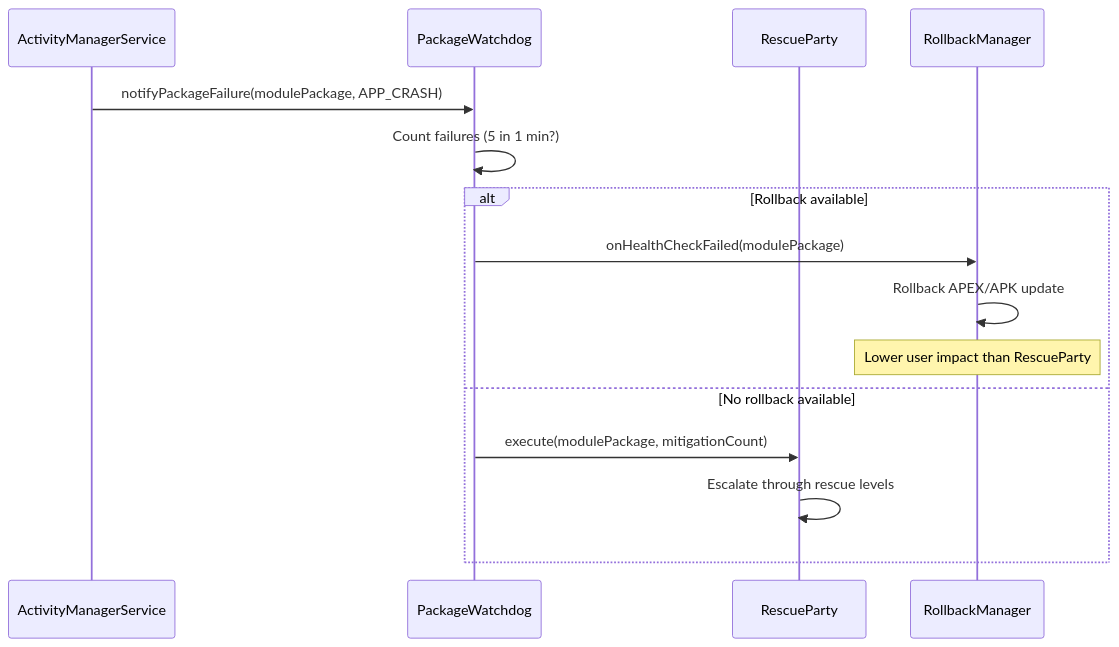
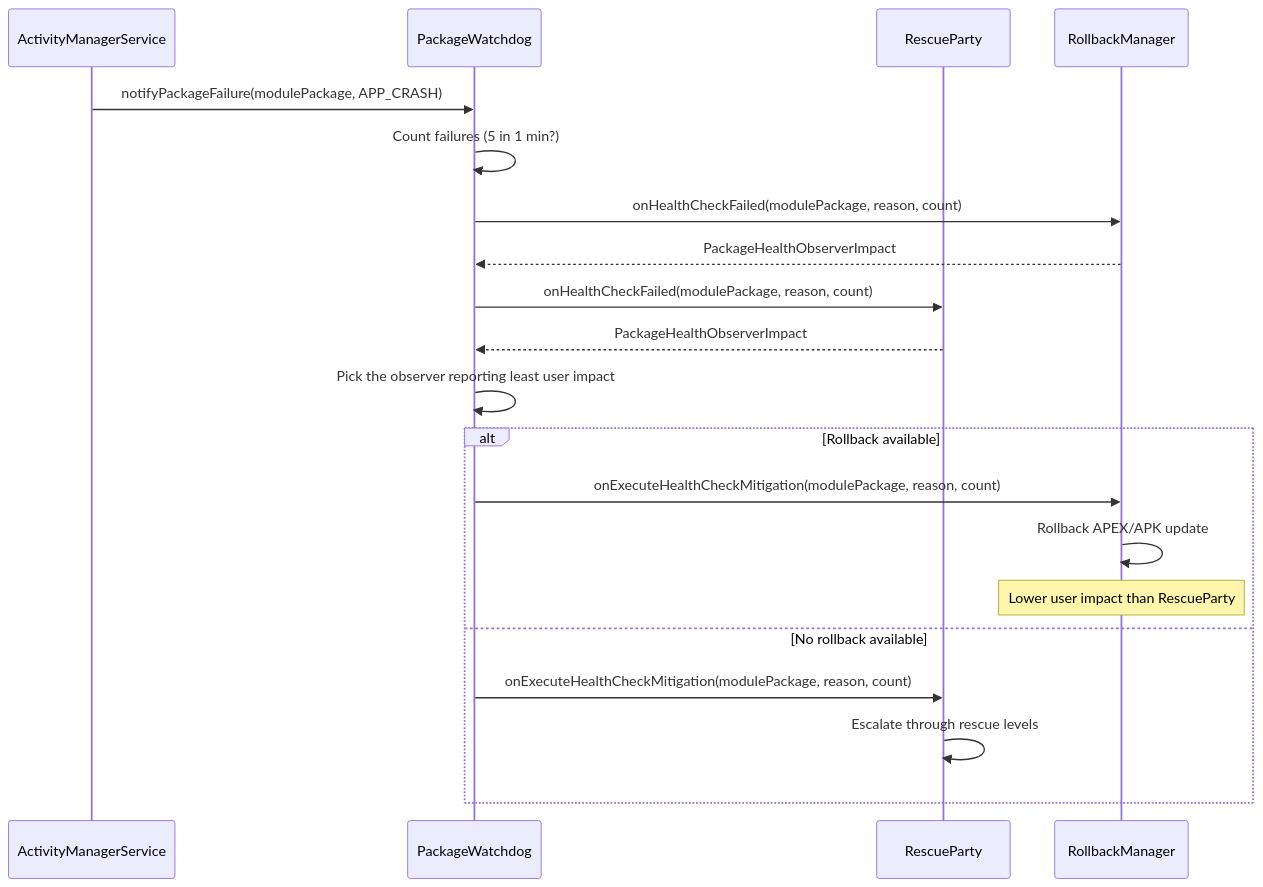
Diagram 19 of 24 in agents/claude/skills/aosp-framework-core/20-system-server.md (aospbooks/aosp-internal-book), drawn with Mermaid before and after one commit. The commit also changed other lines of this file and 218 other files, not shown here.

````diff
--- a/agents/claude/skills/aosp-framework-core/20-system-server.md
+++ b/agents/claude/skills/aosp-framework-core/20-system-server.md
@@ -4237,19 +4272,25 @@
 ```mermaid
 sequenceDiagram
     participant AMS as ActivityManagerService
     participant PW as PackageWatchdog
     participant RP as RescueParty
     participant RM as RollbackManager
 
     AMS->>PW: notifyPackageFailure(modulePackage, APP_CRASH)
     PW->>PW: Count failures (5 in 1 min?)
 
+    PW->>RM: onHealthCheckFailed(modulePackage, reason, count)
+    RM-->>PW: PackageHealthObserverImpact
+    PW->>RP: onHealthCheckFailed(modulePackage, reason, count)
+    RP-->>PW: PackageHealthObserverImpact
+    PW->>PW: Pick the observer reporting least user impact
+
     alt Rollback available
-        PW->>RM: onHealthCheckFailed(modulePackage)
+        PW->>RM: onExecuteHealthCheckMitigation(modulePackage, reason, count)
         RM->>RM: Rollback APEX/APK update
         Note over RM: Lower user impact than RescueParty
     else No rollback available
-        PW->>RP: execute(modulePackage, mitigationCount)
+        PW->>RP: onExecuteHealthCheckMitigation(modulePackage, reason, count)
         RP->>RP: Escalate through rescue levels
     end
 ```
````
